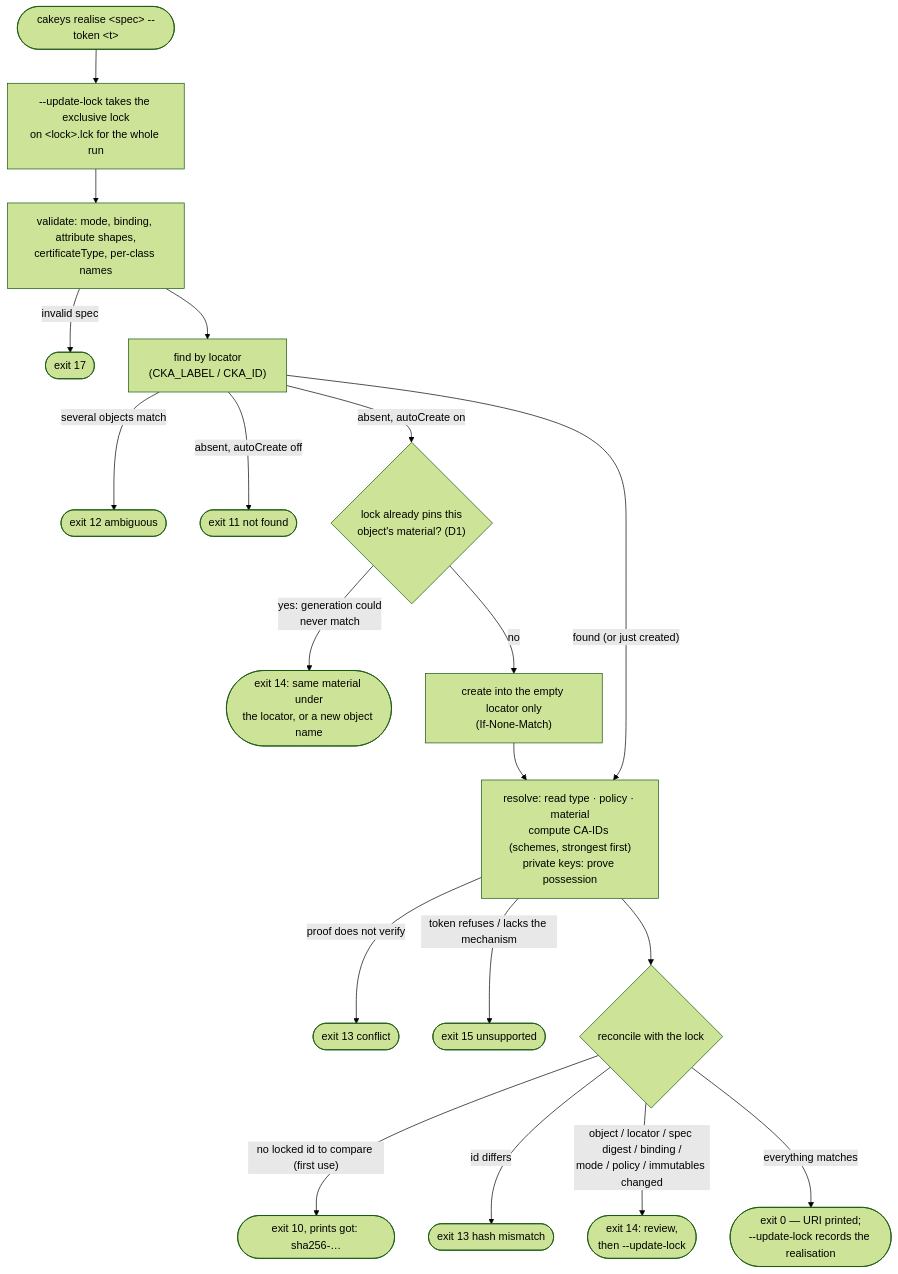
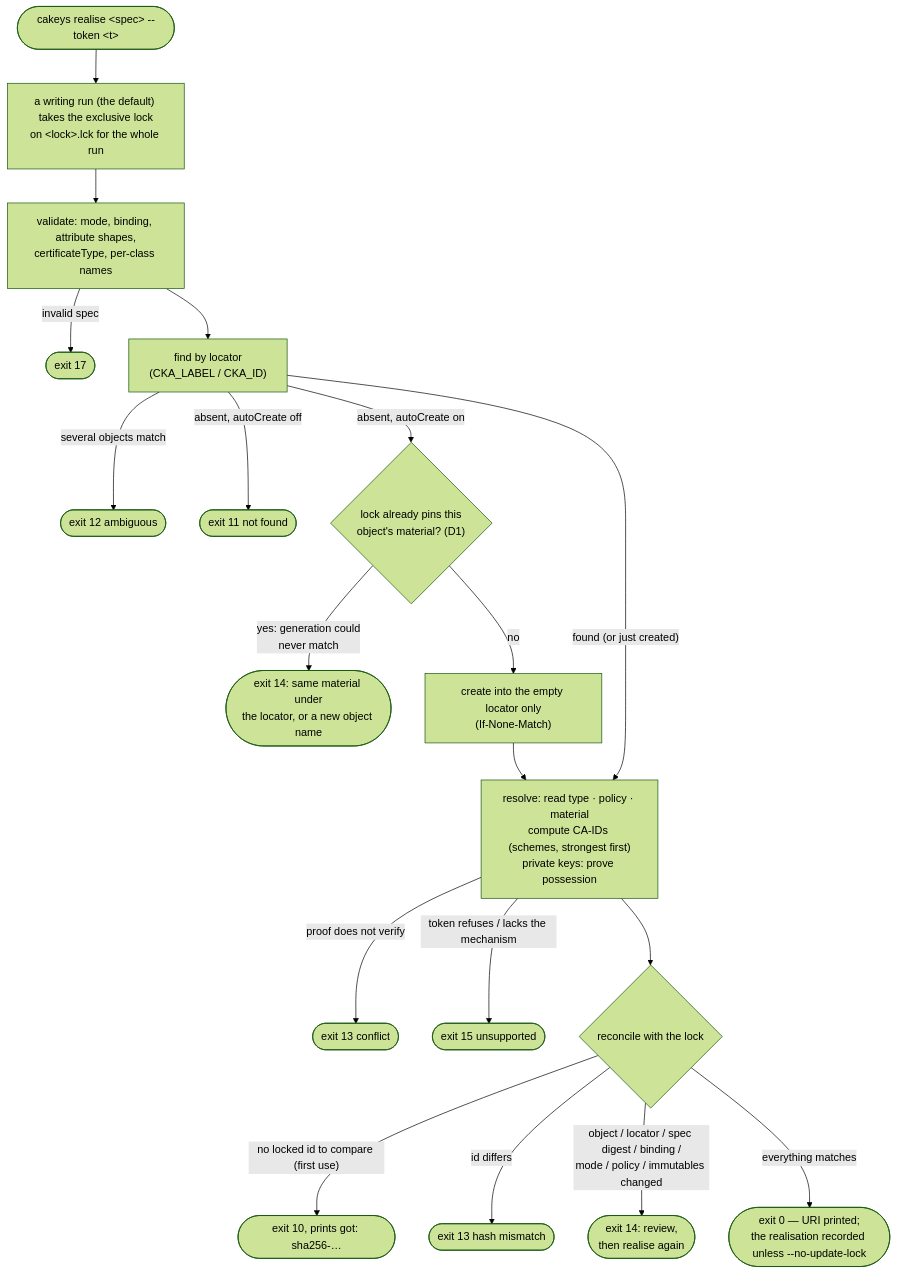
Before and after one commit to Princemachiavelli/cakeys: the second of 5 diagrams in docs/diagrams.md, drawn with Mermaid (forest theme). The commit also changed other lines of this file and 18 other files, not shown here.

````diff
--- a/docs/diagrams.md
+++ b/docs/diagrams.md
@@ -45,22 +45,22 @@
 ```mermaid
 flowchart TD
     START(["cakeys realise &lt;spec&gt; --token &lt;t&gt;"]) --> GUARD
-    GUARD["--update-lock takes the exclusive lock<br/>on &lt;lock&gt;.lck for the whole run"]
+    GUARD["a writing run (the default) takes the exclusive lock<br/>on &lt;lock&gt;.lck for the whole run"]
     GUARD --> VAL["validate: mode, binding, attribute shapes,<br/>certificateType, per-class names"]
     VAL -- "invalid spec" --> X17(["exit 17"])
     VAL --> FIND["find by locator<br/>(CKA_LABEL / CKA_ID)"]
     FIND -- "several objects match" --> X12(["exit 12 ambiguous"])
     FIND -- "absent, autoCreate off" --> X11(["exit 11 not found"])
     FIND -- "absent, autoCreate on" --> PIN{"lock already pins this<br/>object's material? (D1)"}
     PIN -- "yes: generation could<br/>never match" --> X14b(["exit 14: same material under<br/>the locator, or a new object name"])
     PIN -- no --> CREATE["create into the empty locator only<br/>(If-None-Match)"]
     FIND -- "found (or just created)" --> RESOLVE
     CREATE --> RESOLVE["resolve: read type · policy · material<br/>compute CA-IDs (schemes, strongest first)<br/>private keys: prove possession"]
     RESOLVE -- "proof does not verify" --> X13a(["exit 13 conflict"])
     RESOLVE -- "token refuses / lacks the mechanism" --> X15(["exit 15 unsupported"])
     RESOLVE --> RECONCILE{"reconcile with the lock"}
     RECONCILE -- "no locked id to compare (first use)" --> X10(["exit 10, prints got: sha256-…"])
     RECONCILE -- "id differs" --> X13b(["exit 13 hash mismatch"])
-    RECONCILE -- "object / locator / spec digest / binding /<br/>mode / policy / immutables changed" --> X14(["exit 14: review,<br/>then --update-lock"])
-    RECONCILE -- "everything matches" --> OK(["exit 0 — URI printed;<br/>--update-lock records the realisation"])
+    RECONCILE -- "object / locator / spec digest / binding /<br/>mode / policy / immutables changed" --> X14(["exit 14: review,<br/>then realise again"])
+    RECONCILE -- "everything matches" --> OK(["exit 0 — URI printed;<br/>the realisation recorded unless --no-update-lock"])
 ```
````
